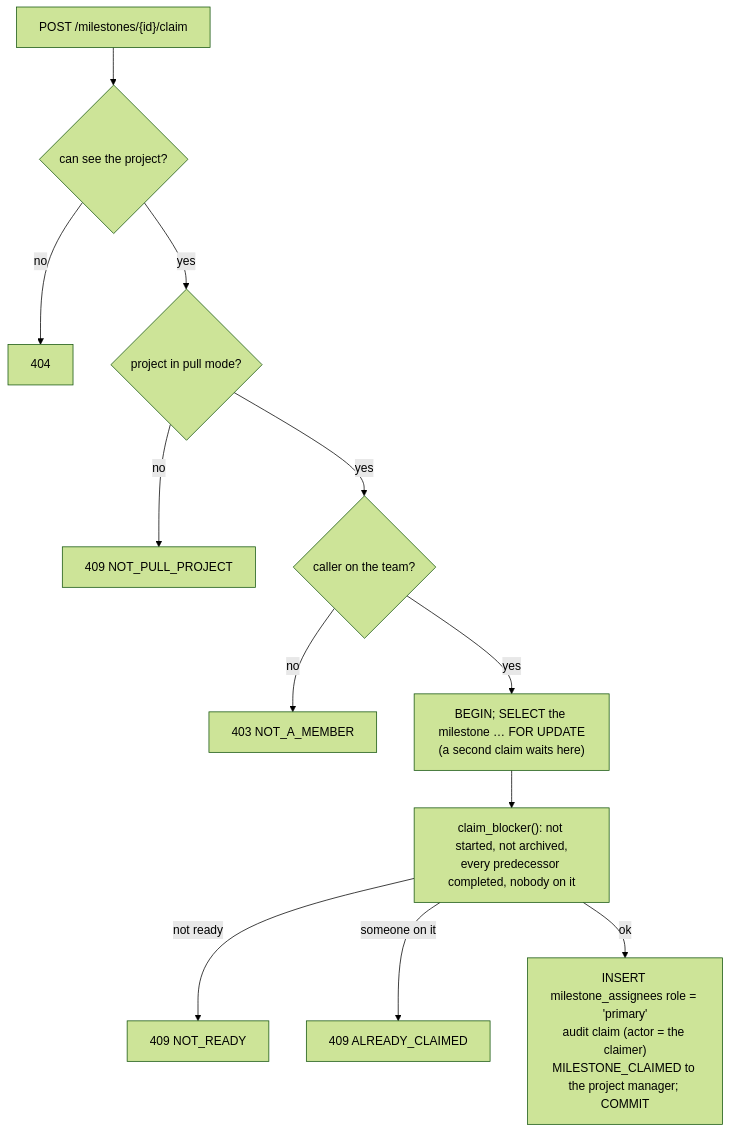
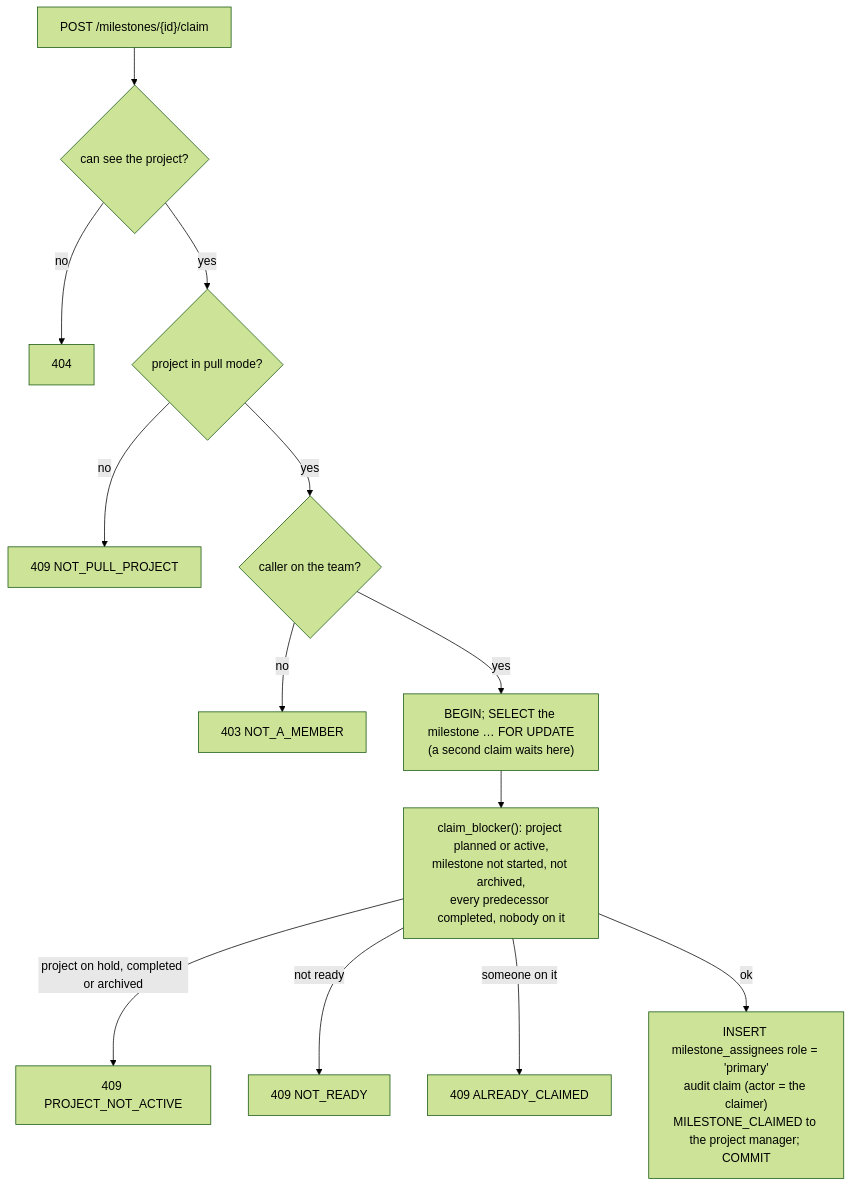
Before and after one commit to RootMoataz/citi-overwatch: diagram 11 of 11 in docs/project/LOGIC_WALKTHROUGH.md, drawn with Mermaid (forest theme). The commit also changed other lines of this file and 5 other files, not shown here.

Commit message:
Refuse milestone claims unless the project is planned or active

````diff
--- a/docs/project/LOGIC_WALKTHROUGH.md
+++ b/docs/project/LOGIC_WALKTHROUGH.md
@@ -274,14 +274,15 @@
 ```mermaid
 flowchart TD
   A["POST /milestones/{id}/claim"] --> V{can see the project?}
   V -- no --> N404[404]
   V -- yes --> P{project in pull mode?}
   P -- no --> E1["409 NOT_PULL_PROJECT"]
   P -- yes --> M{caller on the team?}
   M -- no --> E2["403 NOT_A_MEMBER"]
   M -- yes --> L["BEGIN; SELECT the milestone … FOR UPDATE<br/>(a second claim waits here)"]
-  L --> R["claim_blocker(): not started, not archived,<br/>every predecessor completed, nobody on it"]
+  L --> R["claim_blocker(): project planned or active,<br/>milestone not started, not archived,<br/>every predecessor completed, nobody on it"]
+  R -- project on hold, completed or archived --> E5["409 PROJECT_NOT_ACTIVE"]
   R -- not ready --> E3["409 NOT_READY"]
   R -- someone on it --> E4["409 ALREADY_CLAIMED"]
   R -- ok --> W["INSERT milestone_assignees role = 'primary'<br/>audit claim (actor = the claimer)<br/>MILESTONE_CLAIMED to the project manager; COMMIT"]
 ```
````
